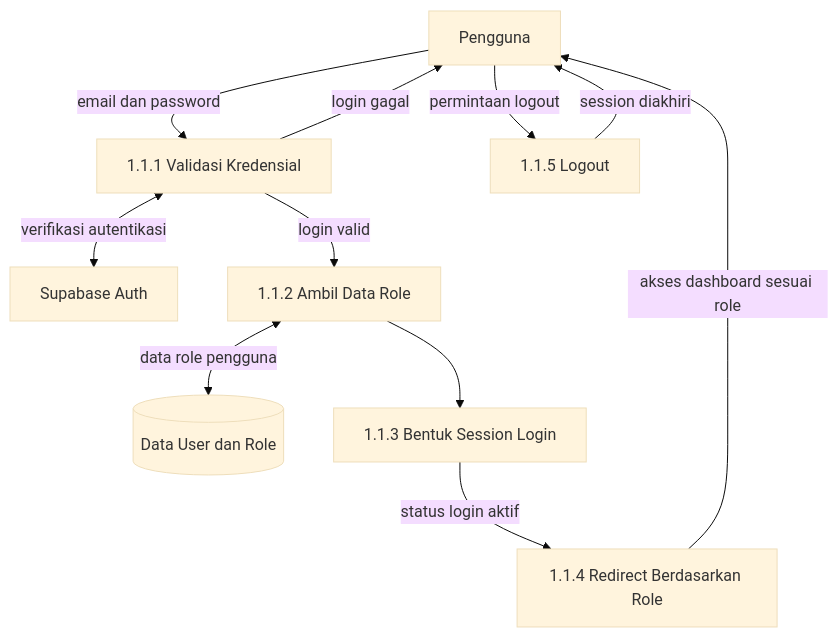
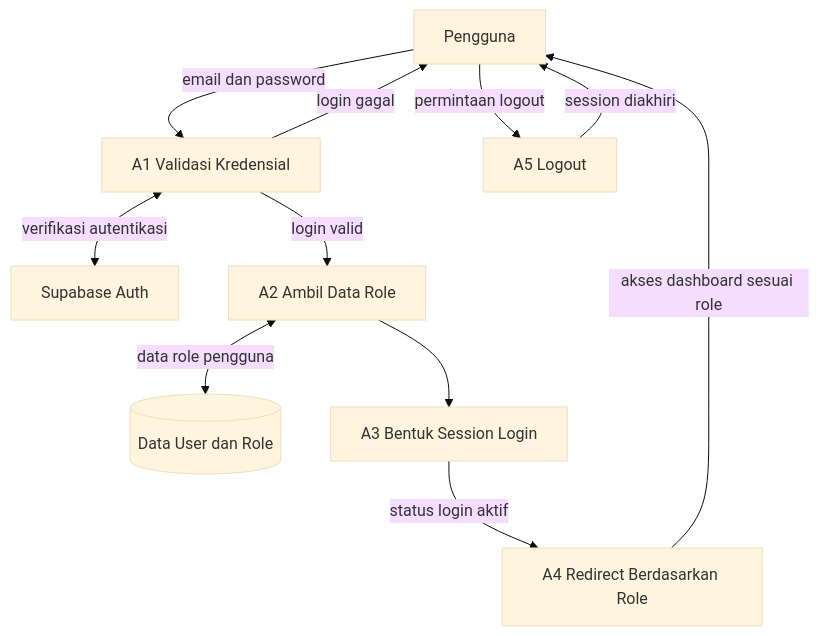
Before and after one commit to taufiq1285/sistem-pwa: the third of 13 diagrams in docs/DFD.md, drawn with Mermaid (base theme). The commit also changed other lines of this file and 69 other files, not shown here.

````diff
--- a/docs/DFD.md
+++ b/docs/DFD.md
@@ -193,22 +197,22 @@
 ```mermaid
 graph TB
     User[Pengguna]
     SupabaseAuth[Supabase Auth]
     D1[(Data User dan Role)]
-    P1_1[1.1.1 Validasi Kredensial]
-    P1_2[1.1.2 Ambil Data Role]
-    P1_3[1.1.3 Bentuk Session Login]
-    P1_4[1.1.4 Redirect Berdasarkan Role]
-    P1_5[1.1.5 Logout]
+    P1_1[A1 Validasi Kredensial]
+    P1_2[A2 Ambil Data Role]
+    P1_3[A3 Bentuk Session Login]
+    P1_4[A4 Redirect Berdasarkan Role]
+    P1_5[A5 Logout]
 
     User -->|email dan password| P1_1
     P1_1 <-->|verifikasi autentikasi| SupabaseAuth
     P1_1 -->|login valid| P1_2
     P1_1 -->|login gagal| User
     P1_2 <-->|data role pengguna| D1
     P1_2 --> P1_3
     P1_3 -->|status login aktif| P1_4
     P1_4 -->|akses dashboard sesuai role| User
     User -->|permintaan logout| P1_5
     P1_5 -->|session diakhiri| User
 ```
````
